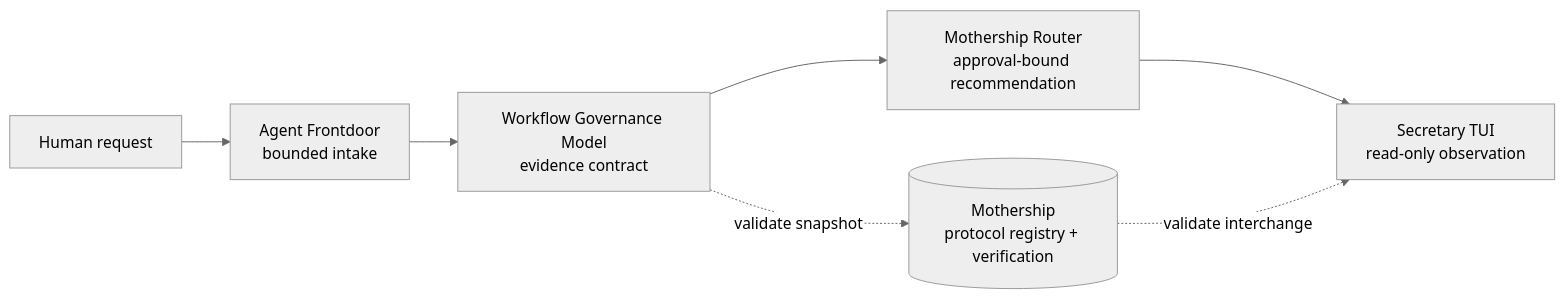
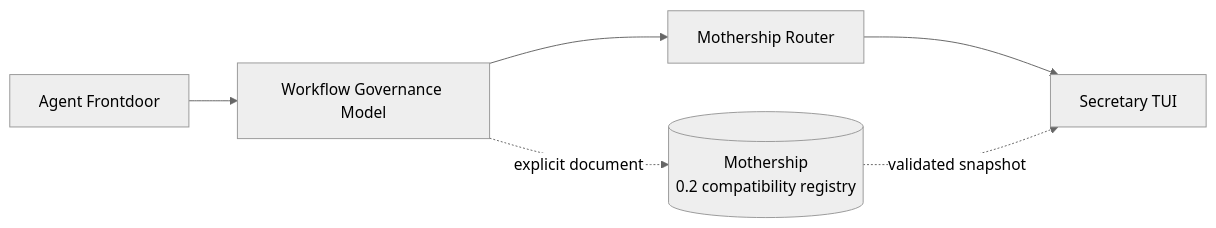
Before and after one commit to UMEBOSHIISAN/mothership: the second of 3 diagrams in README.md, drawn with Mermaid (neutral theme). The commit also changed other lines of this file and 16 other files, not shown here.

Commit message:
docs: converge mothership authority architecture

````diff
--- a/README.md
+++ b/README.md
@@ -157,13 +197,9 @@
 ```mermaid
 flowchart LR
-    H[Human request]
-    F[Agent Frontdoor<br/>bounded intake]
-    W[Workflow Governance Model<br/>evidence contract]
-    R[Mothership Router<br/>approval-bound recommendation]
-    S[Secretary TUI<br/>read-only observation]
-    M[(Mothership<br/>protocol registry + verification)]
-
-    H --> F --> W --> R --> S
-    W -. validate snapshot .-> M
-    M -. validate interchange .-> S
+    F[Agent Frontdoor] --> W[Workflow Governance Model]
+    W --> R[Mothership Router]
+    R --> S[Secretary TUI]
+    M[(Mothership<br/>0.2 compatibility registry)]
+    W -. explicit document .-> M
+    M -. validated snapshot .-> S
 ```
````
